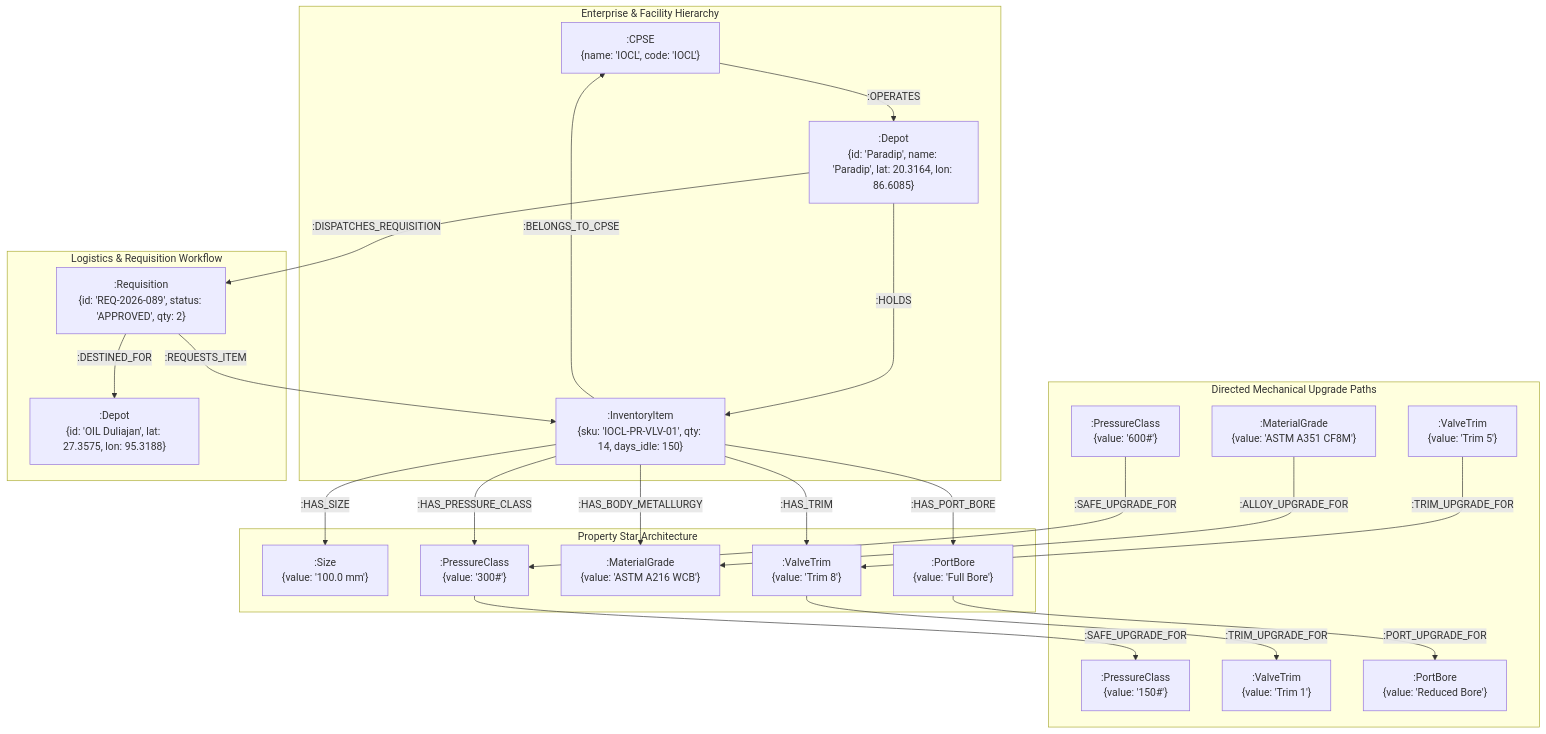
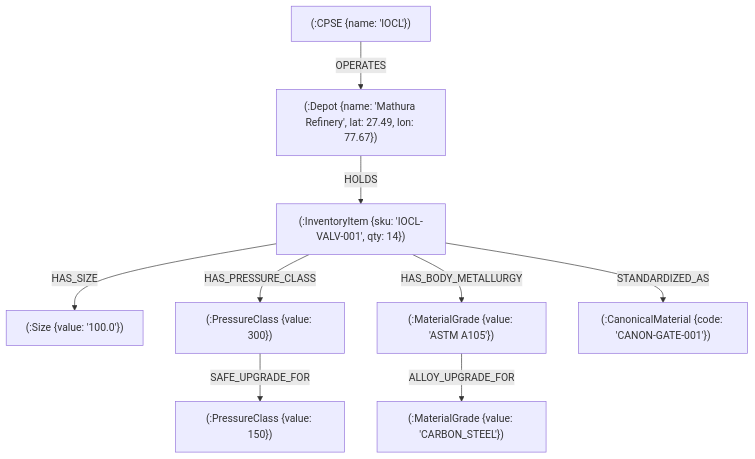
The diagram in graph/README.md (Gesicht436/Samanvay-AI), drawn with Mermaid before and after one commit. The commit also changed other lines of this file and 25 other files, not shown here.

````diff
--- a/graph/README.md
+++ b/graph/README.md
@@ -16,35 +9,13 @@
 ```mermaid
-flowchart TD
-    subgraph ENTERPRISE["Enterprise & Facility Hierarchy"]
-        C[":CPSE\n{name: 'IOCL', code: 'IOCL'}"] -->|":OPERATES"| D[":Depot\n{id: 'Paradip', name: 'Paradip', lat: 20.3164, lon: 86.6085}"]
-        D -->|":HOLDS"| I[":InventoryItem\n{sku: 'IOCL-PR-VLV-01', qty: 14, days_idle: 150}"]
-        I -->|":BELONGS_TO_CPSE"| C
-    end
-
-    subgraph STAR["Property Star Architecture"]
-        I -->|":HAS_SIZE"| S[":Size\n{value: '100.0 mm'}"]
-        I -->|":HAS_PRESSURE_CLASS"| PC1[":PressureClass\n{value: '300#'}"]
-        I -->|":HAS_BODY_METALLURGY"| MG1[":MaterialGrade\n{value: 'ASTM A216 WCB'}"]
-        I -->|":HAS_TRIM"| VT1[":ValveTrim\n{value: 'Trim 8'}"]
-        I -->|":HAS_PORT_BORE"| PB1[":PortBore\n{value: 'Full Bore'}"]
-    end
-
-    subgraph COMPATIBILITY["Directed Mechanical Upgrade Paths"]
-        PC2[":PressureClass\n{value: '600#'}"] -->|":SAFE_UPGRADE_FOR"| PC1
-        PC1 -->|":SAFE_UPGRADE_FOR"| PC0[":PressureClass\n{value: '150#'}"]
-        
-        MG2[":MaterialGrade\n{value: 'ASTM A351 CF8M'}"] -->|":ALLOY_UPGRADE_FOR"| MG1
-        
-        VT2[":ValveTrim\n{value: 'Trim 5'}"] -->|":TRIM_UPGRADE_FOR"| VT1
-        VT1 -->|":TRIM_UPGRADE_FOR"| VT0[":ValveTrim\n{value: 'Trim 1'}"]
-        
-        PB1 -->|":PORT_UPGRADE_FOR"| PB0[":PortBore\n{value: 'Reduced Bore'}"]
-    end
-
-    subgraph REQUISITION["Logistics & Requisition Workflow"]
-        REQ[":Requisition\n{id: 'REQ-2026-089', status: 'APPROVED', qty: 2}"]
-        REQ -->|":REQUESTS_ITEM"| I
-        D -->|":DISPATCHES_REQUISITION"| REQ
-        REQ -->|":DESTINED_FOR"| D_TGT[":Depot\n{id: 'OIL Duliajan', lat: 27.3575, lon: 95.3188}"]
-    end
+graph TD
+    CPSE["(:CPSE {name: 'IOCL'})"] -->|OPERATES| DEPOT["(:Depot {name: 'Mathura Refinery', lat: 27.49, lon: 77.67})"]
+    DEPOT -->|HOLDS| ITEM["(:InventoryItem {sku: 'IOCL-VALV-001', qty: 14})"]
+    
+    ITEM -->|HAS_SIZE| SIZE["(:Size {value: '100.0'})"]
+    ITEM -->|HAS_PRESSURE_CLASS| PC["(:PressureClass {value: 300})"]
+    ITEM -->|HAS_BODY_METALLURGY| MG["(:MaterialGrade {value: 'ASTM A105'})"]
+    ITEM -->|STANDARDIZED_AS| CANONICAL["(:CanonicalMaterial {code: 'CANON-GATE-001'})"]
+    
+    PC -->|SAFE_UPGRADE_FOR| PC_LOW["(:PressureClass {value: 150})"]
+    MG -->|ALLOY_UPGRADE_FOR| MG_LOW["(:MaterialGrade {value: 'CARBON_STEEL'})"]
 ```
````
